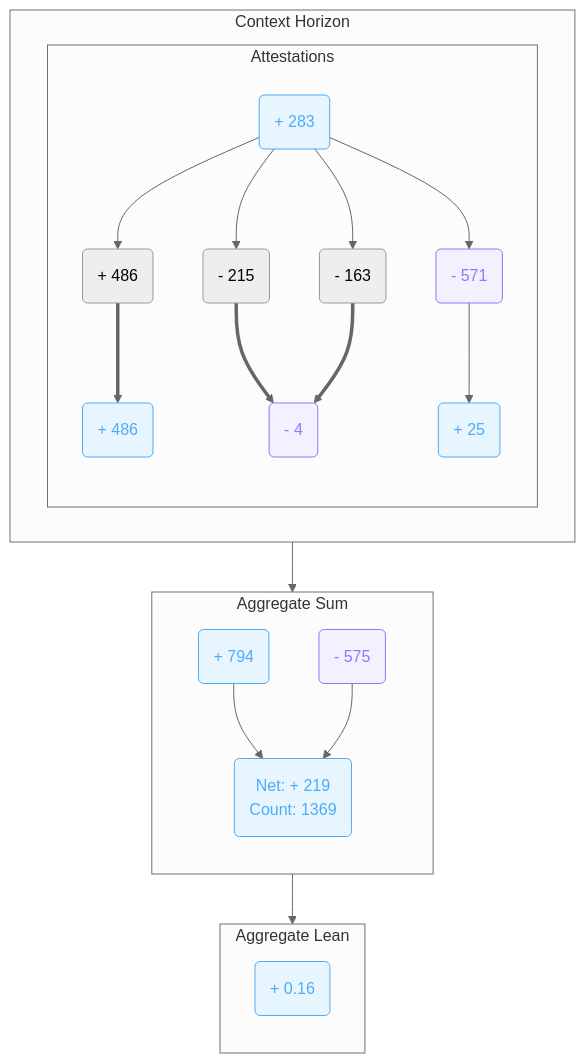
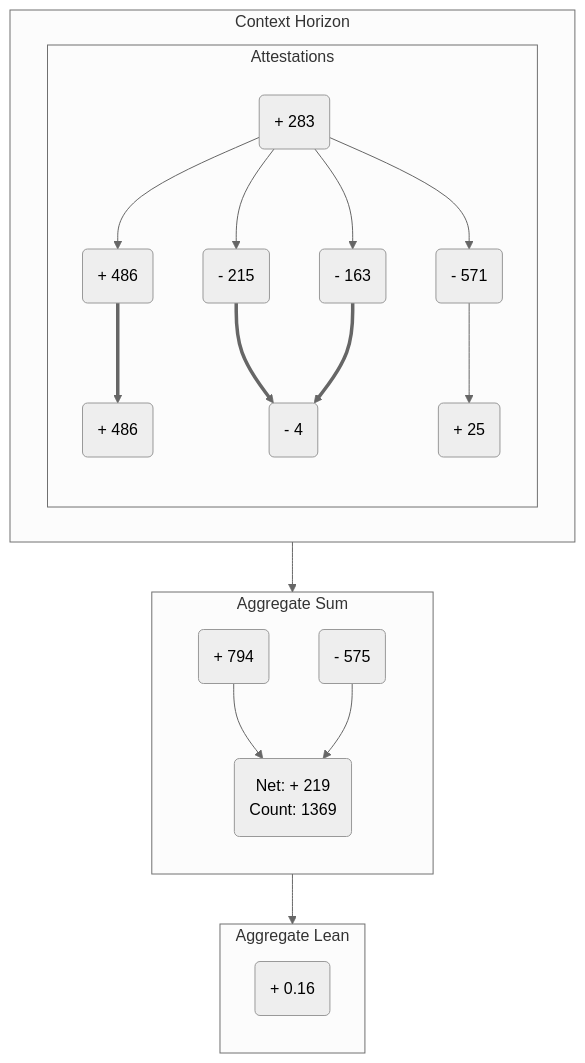
One commit to clairemira/miranova changed the fifth of 13 diagrams in content/commons.mdx. Above: the diagram before and after it, drawn with Mermaid. The commit also changed other lines of this file and 23 other files, not shown here.

Commit message:
Added dark mode support for mermaid nodes

````diff
--- a/content/commons.mdx
+++ b/content/commons.mdx
@@ -591,64 +555,58 @@
 ```mermaid
 ---
 config:
   flowchart:
     curve: basis
   theme: neutral
 ---
 graph TD
 
 subgraph CH["Context Horizon"]
   direction LR
 
   subgraph ATT["Attestations"]
     direction TB
 
-    A("+ 283")
+    %% Active nodes have a class
+    A("+ 283"):::positive
     B("+ 486")
-    C("+ 486")
+    C("+ 486"):::positive
     D("- 215")
     E("- 163")
-    F("- 4")
-    G("- 571")
-    H("+ 25")
+    F("- 4"):::negative
+    G("- 571"):::negative
+    H("+ 25"):::positive
 
     A --> B
     B ==> C
     A --> D
     A --> E
 
     D ==> F
     E ==> F
     A --> G
     G --> H
   end
 end
 
 subgraph SUM["Aggregate Sum"]
   direction TB
 
-  NET("Net: + 219</br>Count: 1369")
+  NET("Net: + 219</br>Count: 1369"):::positive
 
-  POS("+ 794")
-  NEG("- 575")
+  POS("+ 794"):::positive
+  NEG("- 575"):::negative
 end
 
 POS --> NET
 NEG --> NET
 
 subgraph AGG["Aggregate Lean"]
   direction TB
 
-  LEAN("+ 0.16")
+  LEAN("+ 0.16"):::positive
 end
 
 ATT --> SUM
 SUM --> AGG
-
-class A,C,H,POS,LEAN,NET blueNode
-class F,G,NEG violetNode
-%% class B,D,E supersededNode
-
-classDef blueNode fill:#e7f5ff,stroke:#4dabf7,color:#4dabf7
-classDef violetNode fill:#f3f0ff,stroke:#9775fa,color:#9775fa
 ```
````
